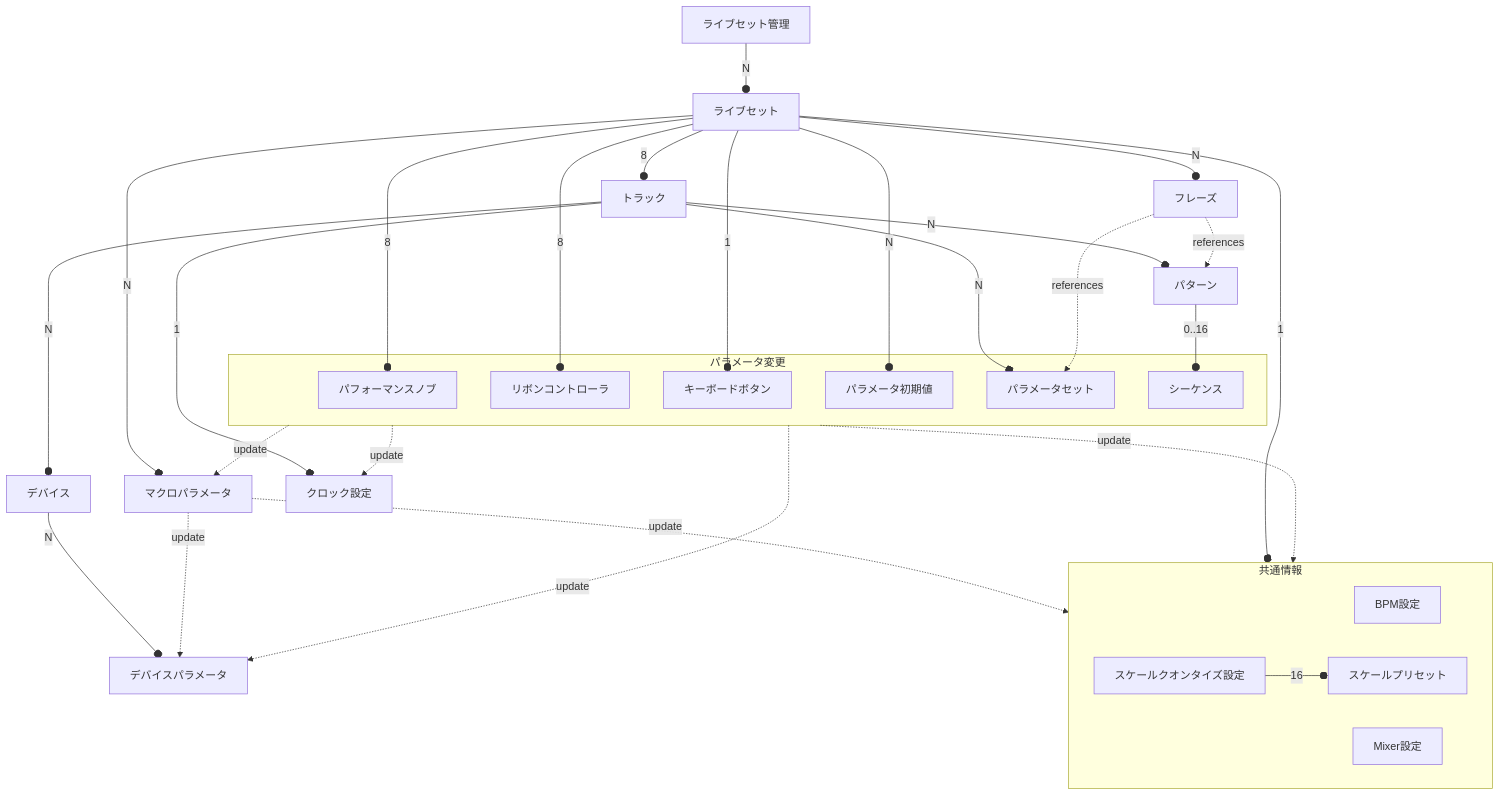
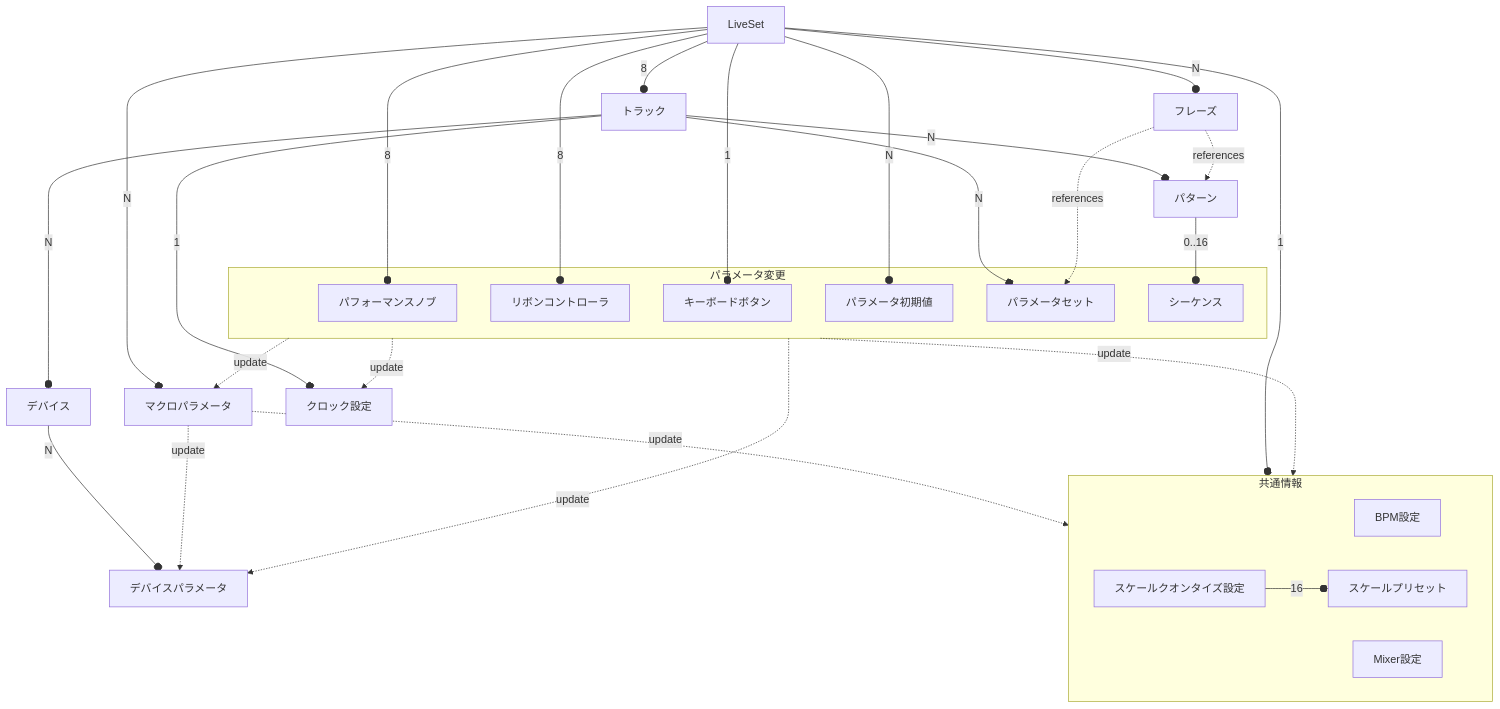
The second of 3 diagrams in devices/igb01/IGB01_spec.md (centrevillage/igb_spec), drawn with Mermaid before and after one commit. The commit also changed other lines of this file, not shown here.

````diff
--- a/devices/igb01/IGB01_spec.md
+++ b/devices/igb01/IGB01_spec.md
@@ -152,39 +158,38 @@
 ```mermaid
 flowchart TB
-  LiveSetMng["ライブセット管理"] -- "N" --o LiveSet["ライブセット"]
   LiveSet -- "8" --o MacroKnob["パフォーマンスノブ"]
   LiveSet -- "8" --o RibbonController["リボンコントローラ"]
   LiveSet -- "1" --o KeyboardBtn["キーボードボタン"]
   LiveSet -- "N" --o DefaultParameter["パラメータ初期値"]
   LiveSet -- "8" --o Track["トラック"]
   Track -- "N" --o Device["デバイス"]
   Device -- "N" --o Parameter["デバイスパラメータ"]
   Track -- "N" --o ParameterSet["パラメータセット"]
   Track -- "N" --o Pattern["パターン"]
   Pattern -- "0..16" --o Sequence["シーケンス"]
   LiveSet -- "N" --o MacroParameter["マクロパラメータ"]
   MacroParameter -. "update" .-> Parameter
   MacroParameter -. "update" .-> CommonInfo
   LiveSet -- "N" --o Phrase["フレーズ"]
   subgraph ParameterChange["パラメータ変更"]
     Sequence
     MacroKnob
     RibbonController
     KeyboardBtn
     ParameterSet
     DefaultParameter
   end
   ParameterChange -. "update" .-> Parameter
   ParameterChange -. "update" .-> MacroParameter
   Phrase -. "references" .-> ParameterSet
   Phrase -. "references" .-> Pattern
   Track -- "1" --o ClockDivMult["クロック設定"] 
   subgraph CommonInfo["共通情報"]
     BpmConf["BPM設定"]
     MixerConf["Mixer設定"]
     ScaleQuantizer["スケールクオンタイズ設定"] -- "16" --o ScalePreset["スケールプリセット"]
   end
   LiveSet -- "1" --o CommonInfo
   ParameterChange -. "update" .-> CommonInfo
   ParameterChange -. "update" .-> ClockDivMult
 ```
````
